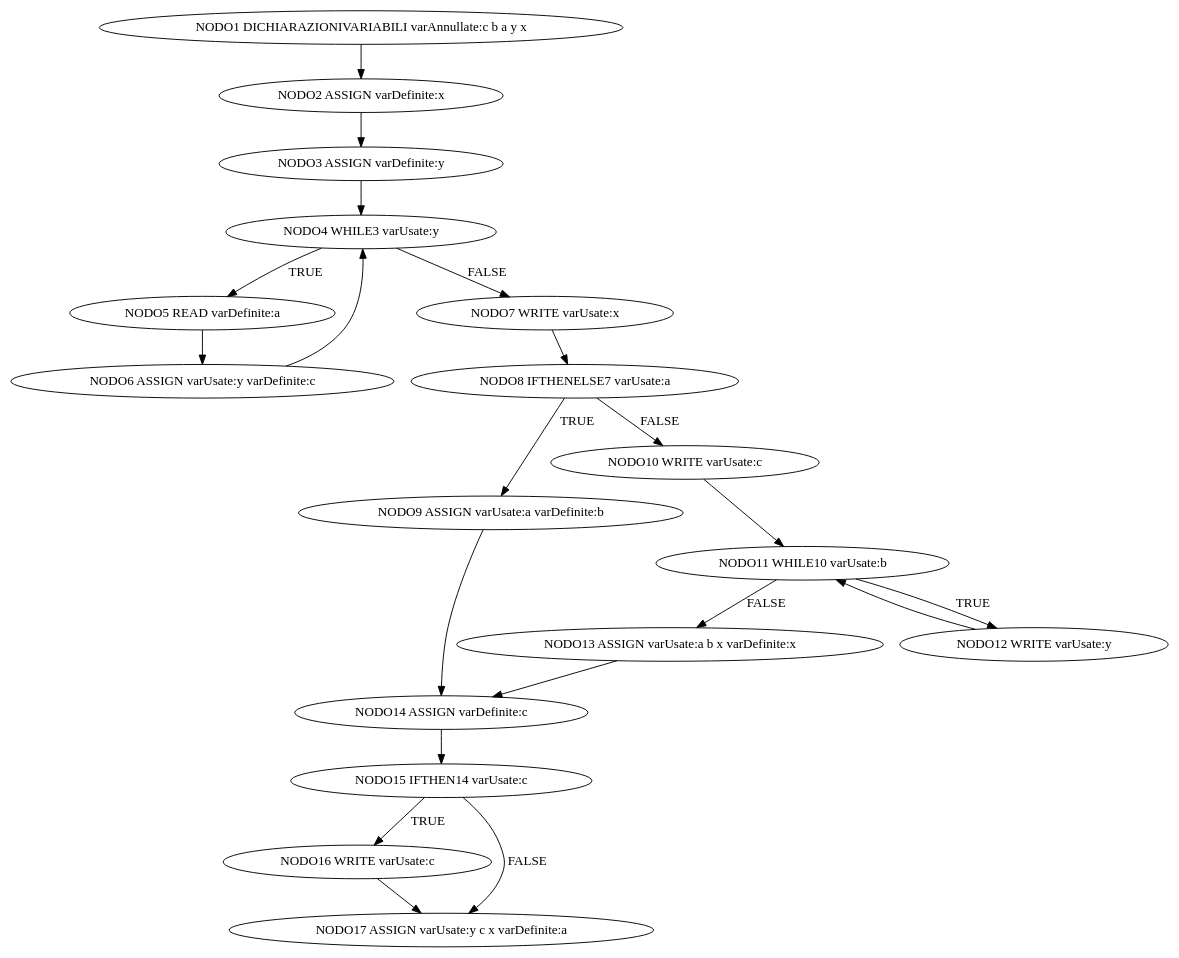
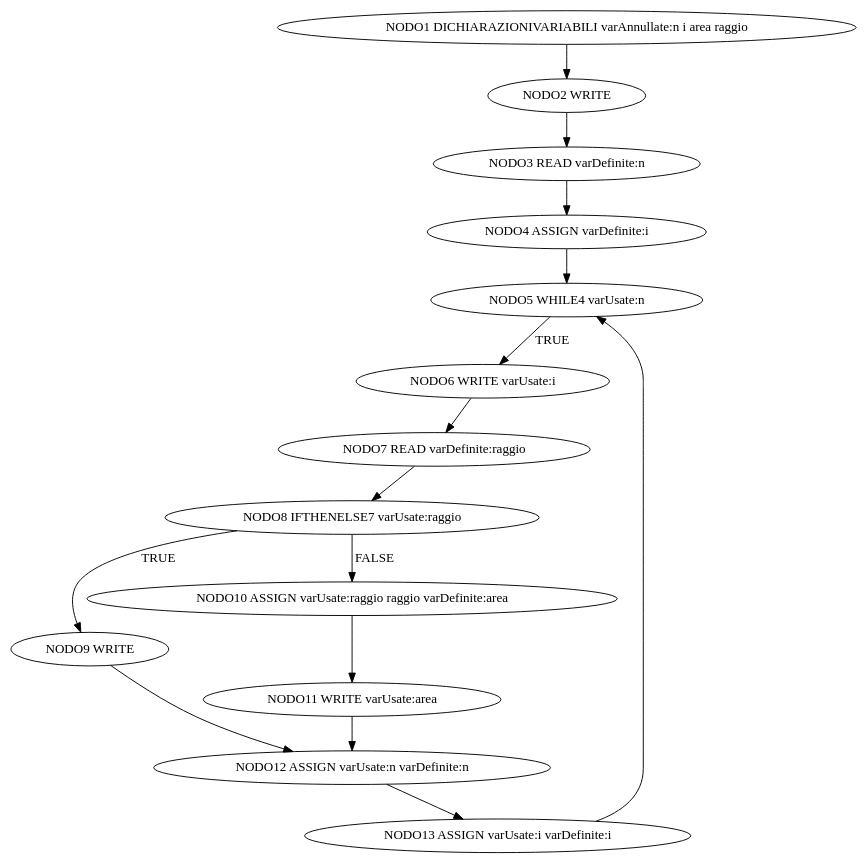
One commit to Mazzotta-Fabio/Compilatore-YASPL changed the diagram in grafo.dot. Above: the diagram before and after it, drawn with Graphviz. The commit also changed 4 other files, not shown here.

```diff
--- a/grafo.dot
+++ b/grafo.dot
@@ -1,63 +1,45 @@
 diGraph G {
-NODO1 [label="NODO1 DICHIARAZIONIVARIABILI varAnnullate:c b a y x "]
-NODO2 [label="NODO2 ASSIGN varDefinite:x "]
+NODO1 [label="NODO1 DICHIARAZIONIVARIABILI varAnnullate:n i area raggio "]
+NODO2 [label="NODO2 WRITE "]
 NODO1 -> NODO2
-NODO2 [label="NODO2 ASSIGN varDefinite:x "]
-NODO3 [label="NODO3 ASSIGN varDefinite:y "]
+NODO2 [label="NODO2 WRITE "]
+NODO3 [label="NODO3 READ varDefinite:n "]
 NODO2 -> NODO3
-NODO3 [label="NODO3 ASSIGN varDefinite:y "]
-NODO4 [label="NODO4 WHILE3 varUsate:y "]
+NODO3 [label="NODO3 READ varDefinite:n "]
+NODO4 [label="NODO4 ASSIGN varDefinite:i "]
 NODO3 -> NODO4
-NODO4 [label="NODO4 WHILE3 varUsate:y "]
-NODO5 [label="NODO5 READ varDefinite:a "]
-NODO4 -> NODO5 [label="TRUE      "]; 
-NODO5 [label="NODO5 READ varDefinite:a "]
-NODO6 [label="NODO6 ASSIGN varUsate:y varDefinite:c "]
-NODO5 -> NODO6
-NODO6 [label="NODO6 ASSIGN varUsate:y varDefinite:c "]
-NODO4 [label="NODO4 WHILE3 varUsate:y "]
-NODO6 -> NODO4
-NODO4 [label="NODO4 WHILE3 varUsate:y "]
-NODO7 [label="NODO7 WRITE varUsate:x "]
-NODO4 -> NODO7 [label="FALSE"]; 
-NODO7 [label="NODO7 WRITE varUsate:x "]
-NODO8 [label="NODO8 IFTHENELSE7 varUsate:a "]
+NODO4 [label="NODO4 ASSIGN varDefinite:i "]
+NODO5 [label="NODO5 WHILE4 varUsate:n "]
+NODO4 -> NODO5
+NODO5 [label="NODO5 WHILE4 varUsate:n "]
+NODO6 [label="NODO6 WRITE varUsate:i "]
+NODO5 -> NODO6 [label="TRUE      "]; 
+NODO6 [label="NODO6 WRITE varUsate:i "]
+NODO7 [label="NODO7 READ varDefinite:raggio "]
+NODO6 -> NODO7
+NODO7 [label="NODO7 READ varDefinite:raggio "]
+NODO8 [label="NODO8 IFTHENELSE7 varUsate:raggio "]
 NODO7 -> NODO8
-NODO8 [label="NODO8 IFTHENELSE7 varUsate:a "]
-NODO9 [label="NODO9 ASSIGN varUsate:a varDefinite:b "]
+NODO8 [label="NODO8 IFTHENELSE7 varUsate:raggio "]
+NODO9 [label="NODO9 WRITE "]
 NODO8 -> NODO9 [label="TRUE      "]; 
-NODO8 [label="NODO8 IFTHENELSE7 varUsate:a "]
-NODO10 [label="NODO10 WRITE varUsate:c "]
+NODO8 [label="NODO8 IFTHENELSE7 varUsate:raggio "]
+NODO10 [label="NODO10 ASSIGN varUsate:raggio raggio varDefinite:area "]
 NODO8 -> NODO10 [label="FALSE"]; 
-NODO10 [label="NODO10 WRITE varUsate:c "]
-NODO11 [label="NODO11 WHILE10 varUsate:b "]
+NODO10 [label="NODO10 ASSIGN varUsate:raggio raggio varDefinite:area "]
+NODO11 [label="NODO11 WRITE varUsate:area "]
 NODO10 -> NODO11
-NODO11 [label="NODO11 WHILE10 varUsate:b "]
-NODO12 [label="NODO12 WRITE varUsate:y "]
-NODO11 -> NODO12 [label="TRUE      "]; 
-NODO12 [label="NODO12 WRITE varUsate:y "]
-NODO11 [label="NODO11 WHILE10 varUsate:b "]
-NODO12 -> NODO11
-NODO11 [label="NODO11 WHILE10 varUsate:b "]
-NODO13 [label="NODO13 ASSIGN varUsate:a b x varDefinite:x "]
-NODO11 -> NODO13 [label="FALSE"]; 
-NODO9 [label="NODO9 ASSIGN varUsate:a varDefinite:b "]
-NODO14 [label="NODO14 ASSIGN varDefinite:c "]
-NODO9 -> NODO14
-NODO13 [label="NODO13 ASSIGN varUsate:a b x varDefinite:x "]
-NODO14 [label="NODO14 ASSIGN varDefinite:c "]
-NODO13 -> NODO14
-NODO14 [label="NODO14 ASSIGN varDefinite:c "]
-NODO15 [label="NODO15 IFTHEN14 varUsate:c "]
-NODO14 -> NODO15
-NODO15 [label="NODO15 IFTHEN14 varUsate:c "]
-NODO16 [label="NODO16 WRITE varUsate:c "]
-NODO15 -> NODO16 [label="TRUE      "]; 
-NODO15 [label="NODO15 IFTHEN14 varUsate:c "]
-NODO17 [label="NODO17 ASSIGN varUsate:y c x varDefinite:a "]
-NODO15 -> NODO17 [label="FALSE"]; 
-NODO16 [label="NODO16 WRITE varUsate:c "]
-NODO17 [label="NODO17 ASSIGN varUsate:y c x varDefinite:a "]
-NODO16 -> NODO17
+NODO9 [label="NODO9 WRITE "]
+NODO12 [label="NODO12 ASSIGN varUsate:n varDefinite:n "]
+NODO9 -> NODO12
+NODO11 [label="NODO11 WRITE varUsate:area "]
+NODO12 [label="NODO12 ASSIGN varUsate:n varDefinite:n "]
+NODO11 -> NODO12
+NODO12 [label="NODO12 ASSIGN varUsate:n varDefinite:n "]
+NODO13 [label="NODO13 ASSIGN varUsate:i varDefinite:i "]
+NODO12 -> NODO13
+NODO13 [label="NODO13 ASSIGN varUsate:i varDefinite:i "]
+NODO5 [label="NODO5 WHILE4 varUsate:n "]
+NODO13 -> NODO5
 
 }
```
